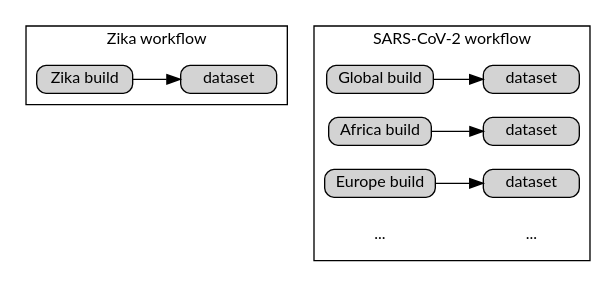
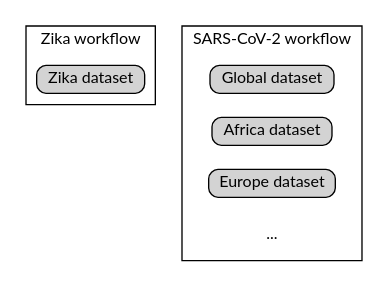
Before and after one commit to nextstrain/docs.nextstrain.org: the fifth of 5 diagrams in src/learn/parts.rst, drawn with Graphviz. The commit also changed other lines of this file and 7 other files, not shown here.

```diff
--- a/src/learn/parts.rst
+++ b/src/learn/parts.rst
@@ -172,47 +172,36 @@
 .. graphviz::
     :align: center
 
     digraph {
         graph [
             fontname="Lato, 'Helvetica Neue', sans-serif",
             fontsize=12,
         ]
         node [
             shape=box,
             style="rounded, filled",
             fontname="Lato, 'Helvetica Neue', sans-serif",
             fontsize=12,
             height=0.1,
             colorscheme=paired10,
         ];
         rankdir=LR
 
         subgraph cluster_0 {
             label = "Zika workflow";
-            build0 [width=1, label="Zika build"]
-            dataset0 [width=1, label="dataset"]
+            dataset0 [width=1, label="Zika dataset"]
         }
 
         subgraph cluster_1 {
             label = "SARS-CoV-2 workflow";
-            build1 [width=1, label="Global build"]
-            build2 [width=1, label="Africa build"]
-            build3 [width=1, label="Europe build"]
-            dataset1 [width=1, label="dataset"]
-            dataset2 [width=1, label="dataset"]
-            dataset3 [width=1, label="dataset"]
+            dataset1 [width=1, label="Global dataset"]
+            dataset2 [width=1, label="Africa dataset"]
+            dataset3 [width=1, label="Europe dataset"]
             ellipses1 [width=1, label="...", penwidth=0, fillcolor="white"]
-            ellipses2 [width=1, label="...", penwidth=0, fillcolor="white"]
         }
-
-        build0 -> dataset0
-        build1 -> dataset1
-        build2 -> dataset2
-        build3 -> dataset3
 
         {
             edge[style=invis]
-            dataset0 -> build1      // arrange clusters on same row
-            ellipses1 -> ellipses2
+            dataset0 -> dataset1      // arrange clusters on same row
         }
     }
```
